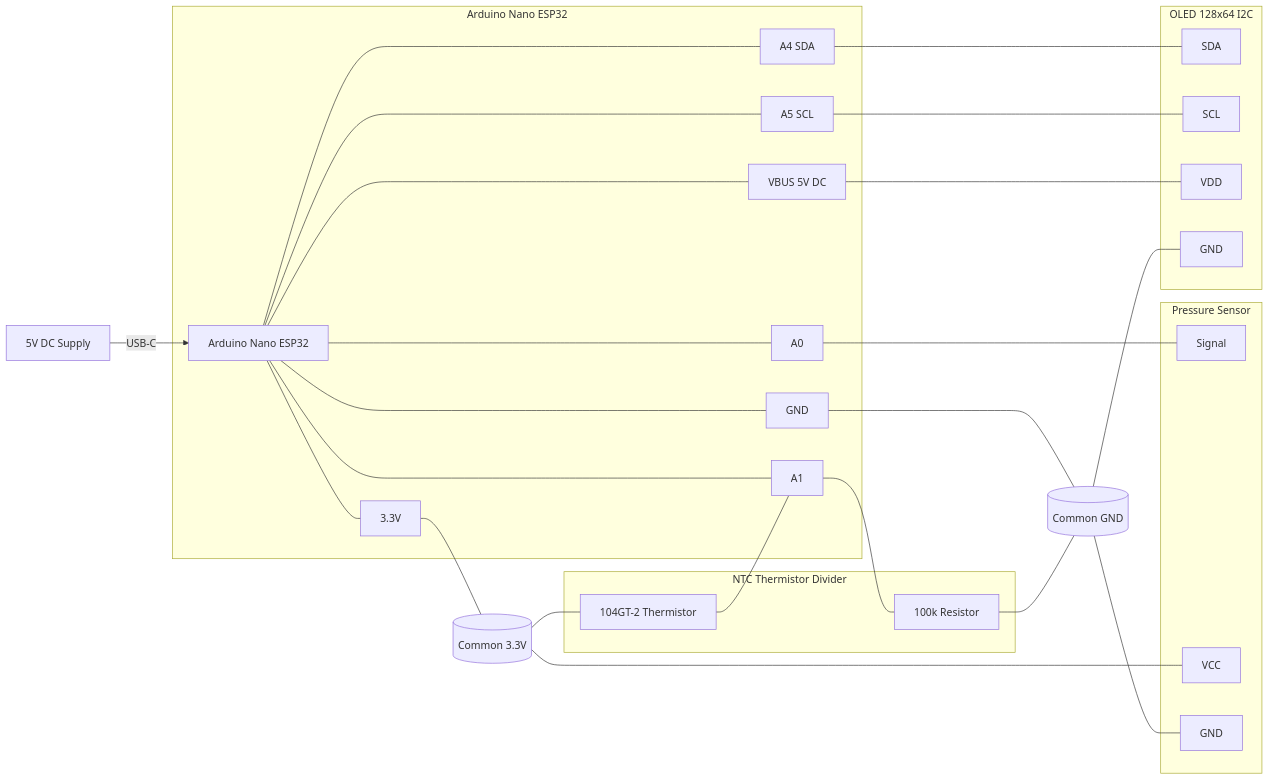
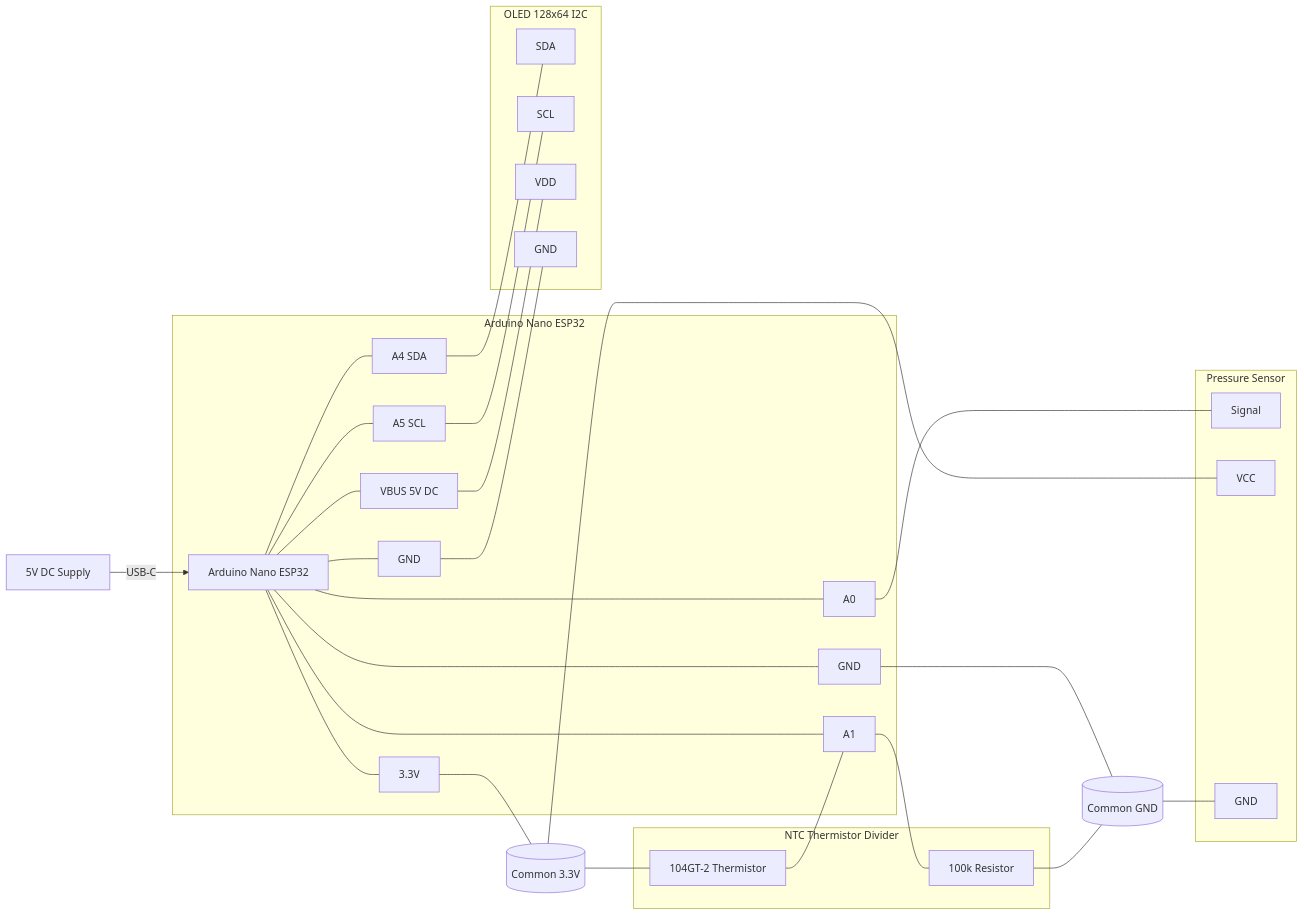
One commit to gereonwildermann/Dedicuino changed the diagram in hardware/WIRING_DIAGRAM.md. Above: the diagram before and after it, drawn with Mermaid.

Commit message:
Fix wiring diagram to add separate ground connection for Arduino Nano ESP32

````diff
--- a/hardware/WIRING_DIAGRAM.md
+++ b/hardware/WIRING_DIAGRAM.md
@@ -28,49 +28,50 @@
 ```mermaid
 flowchart LR
     PS[5V DC Supply] -->|USB-C| NANO[Arduino Nano ESP32]
     
     subgraph ARDINO[Arduino Nano ESP32]
       NANO --- GND[GND]
+      NANO --- GND2[GND]
       NANO --- V33[3.3V]
       NANO --- A0[A0]
       NANO --- A1[A1]
       NANO --- A4[A4 SDA]
       NANO --- A5[A5 SCL]
       NANO --- VBUS[VBUS 5V DC]
     end 
 
     GND --- CommGND[(Common GND)]
     V33 --- CommV33[(Common 3.3V)]
 
     subgraph OLED[OLED 128x64 I2C]
       O_SDA[SDA]
       O_SCL[SCL]
       O_VDD[VDD]
       O_GND[GND]
     end
 
     A4[A4 SDA] --- O_SDA
     A5[A5 SCL] --- O_SCL
     VBUS[VBUS 5V DC] --- O_VDD
-    CommGND --- O_GND
+    GND2 --- O_GND
 
     subgraph PRESS[Pressure Sensor]
       P_OUT[Signal]
       P_VCC[VCC]
       P_GND[GND]
     end
 
     A0[A0] --- P_OUT
     CommV33 --- P_VCC
     CommGND --- P_GND
 
     subgraph TEMP[NTC Thermistor Divider]
       TH[104GT-2 Thermistor]
       TH --- A1
       A1 --- R100[100k Resistor]
     end
 
     CommV33 --- TH
     R100 --- CommGND
 
 ```
````
